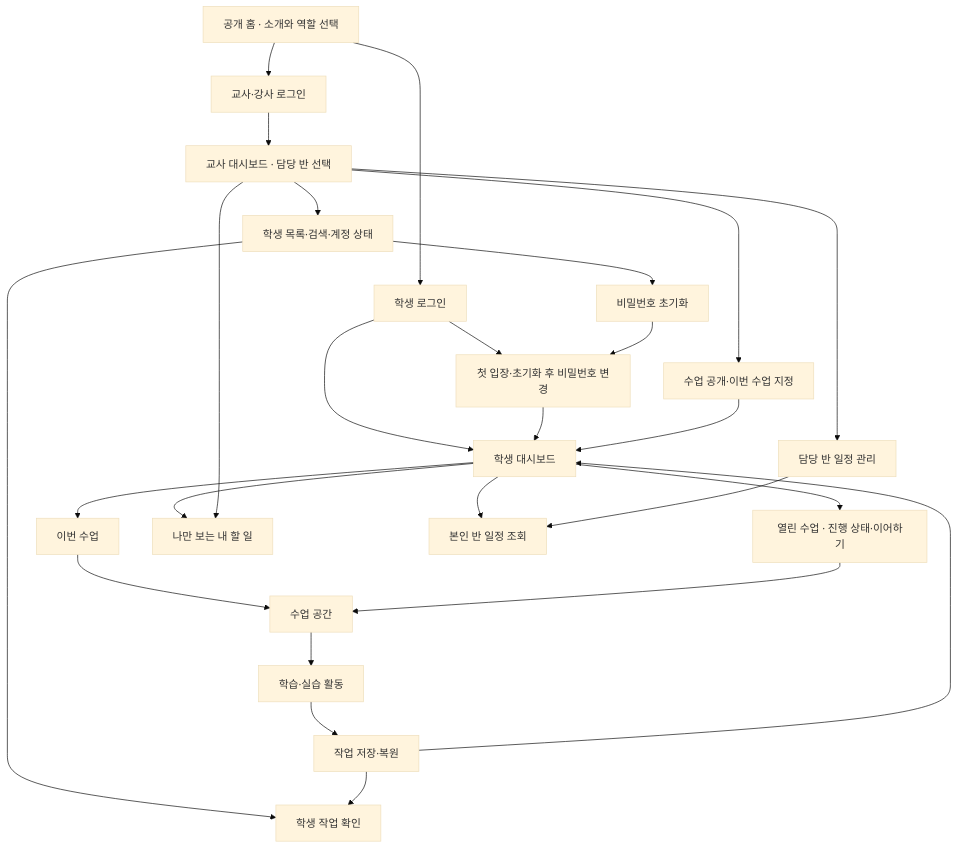
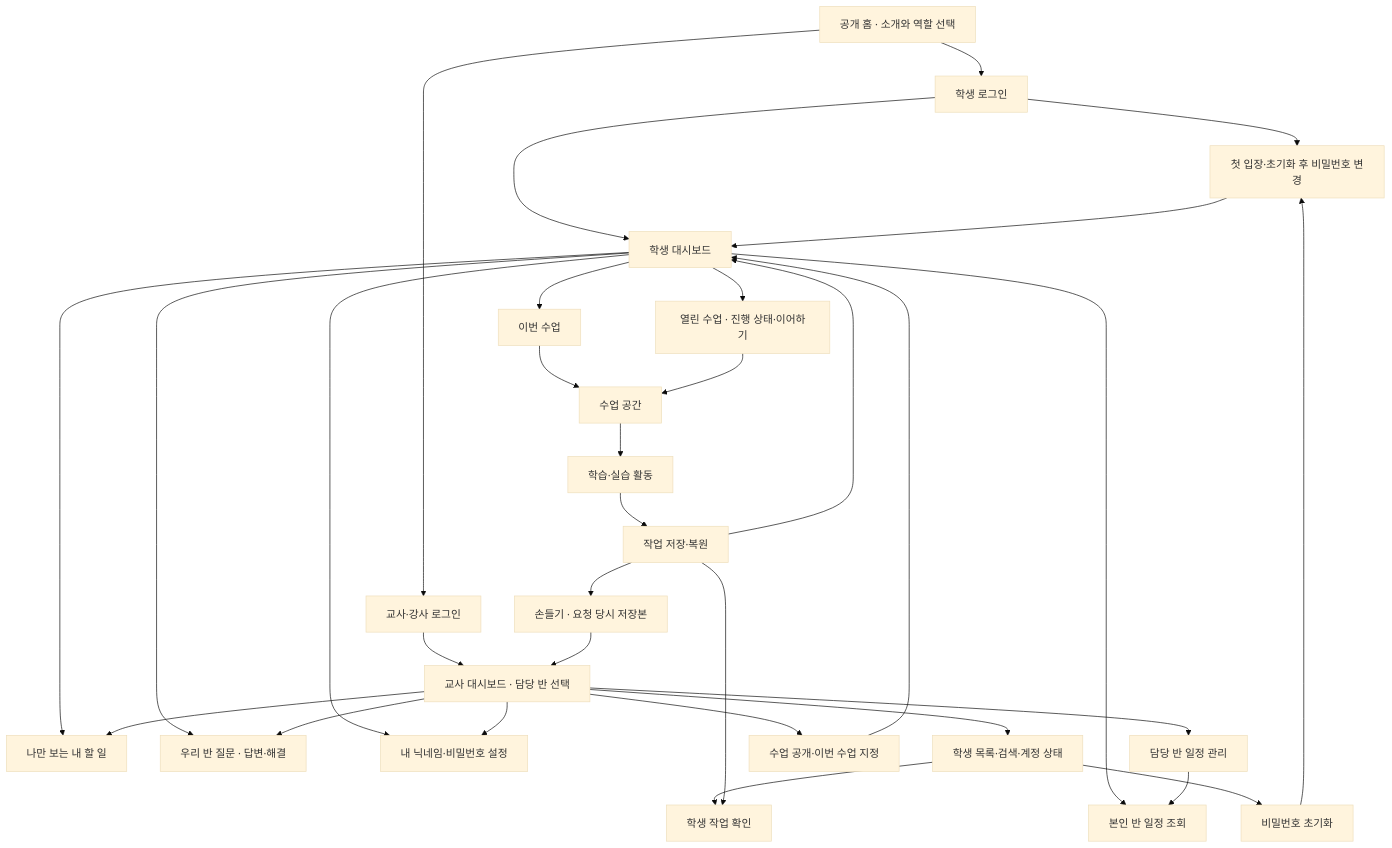
The diagram in docs/PRD.md (DonghyunT/cs-class), drawn with Mermaid (base theme) before and after one commit. The commit also changed other lines of this file and 67 other files, not shown here.

Commit message:
feat: connect classroom progress, settings, questions and saved help

````diff
--- a/docs/PRD.md
+++ b/docs/PRD.md
@@ -90,28 +90,34 @@
 ```mermaid
 flowchart TD
     home["공개 홈 · 소개와 역할 선택"] --> studentLogin["학생 로그인"]
     home --> staffLogin["교사·강사 로그인"]
     studentLogin --> password["첫 입장·초기화 후 비밀번호 변경"]
     studentLogin --> student["학생 대시보드"]
     password --> student
     student --> current["이번 수업"]
     student --> opened["열린 수업 · 진행 상태·이어하기"]
     student --> todos["나만 보는 내 할 일"]
     student --> schedule["본인 반 일정 조회"]
+    student --> community["우리 반 질문 · 답변·해결"]
+    student --> settings["내 닉네임·비밀번호 설정"]
     current --> classroom["수업 공간"]
     opened --> classroom
     classroom --> activity["학습·실습 활동"]
     activity --> save["작업 저장·복원"]
     save --> student
     staffLogin --> teacher["교사 대시보드 · 담당 반 선택"]
     teacher --> todos
     teacher --> staffSchedule["담당 반 일정 관리"]
+    teacher --> community
+    teacher --> settings
     staffSchedule --> schedule
     teacher --> manage["수업 공개·이번 수업 지정"]
     manage --> student
     teacher --> students["학생 목록·검색·계정 상태"]
     students --> reset["비밀번호 초기화"]
     reset --> password
     students --> work["학생 작업 확인"]
     save --> work
+    save --> help["손들기 · 요청 당시 저장본"]
+    help --> teacher
 ```
````
